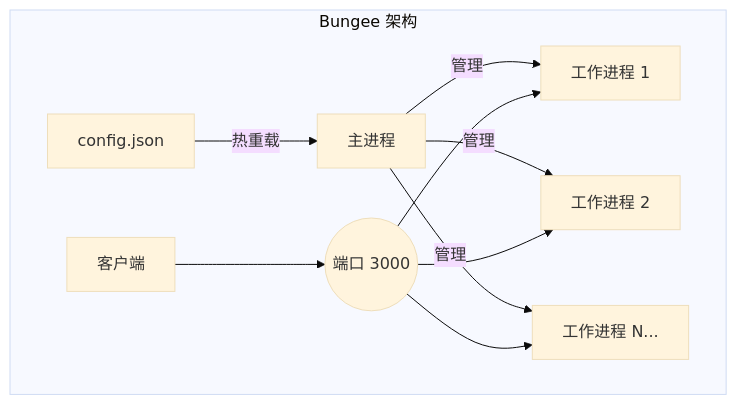
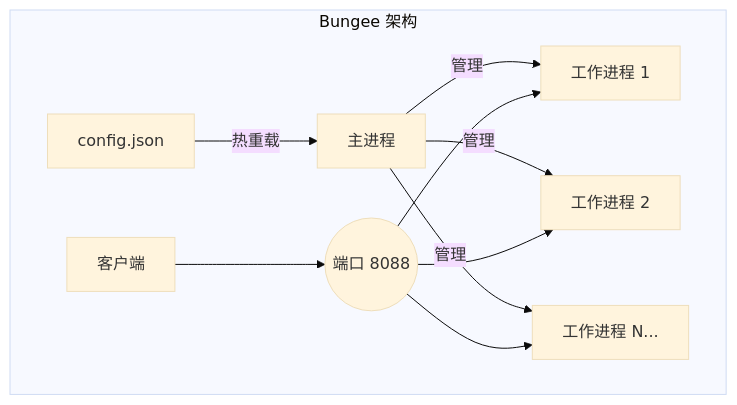
One commit to jeffusion/Bungee changed the diagram in README_zh.md. Above: the diagram before and after it, drawn with Mermaid (base theme). The commit also changed other lines of this file and 19 other files, not shown here.

````diff
--- a/README_zh.md
+++ b/README_zh.md
@@ -123,15 +123,15 @@
 ```mermaid
 graph TD
     subgraph "Bungee 架构"
         Master[主进程] -- 管理 --> Worker1[工作进程 1]
         Master -- 管理 --> Worker2[工作进程 2]
         Master -- 管理 --> WorkerN[工作进程 N...]
 
-        Client[客户端] --> LB((端口 3000))
+        Client[客户端] --> LB((端口 8088))
         LB --> Worker1
         LB --> Worker2
         LB --> WorkerN
 
         ConfigFile[config.json] -- 热重载 --> Master
     end
 ```
````
